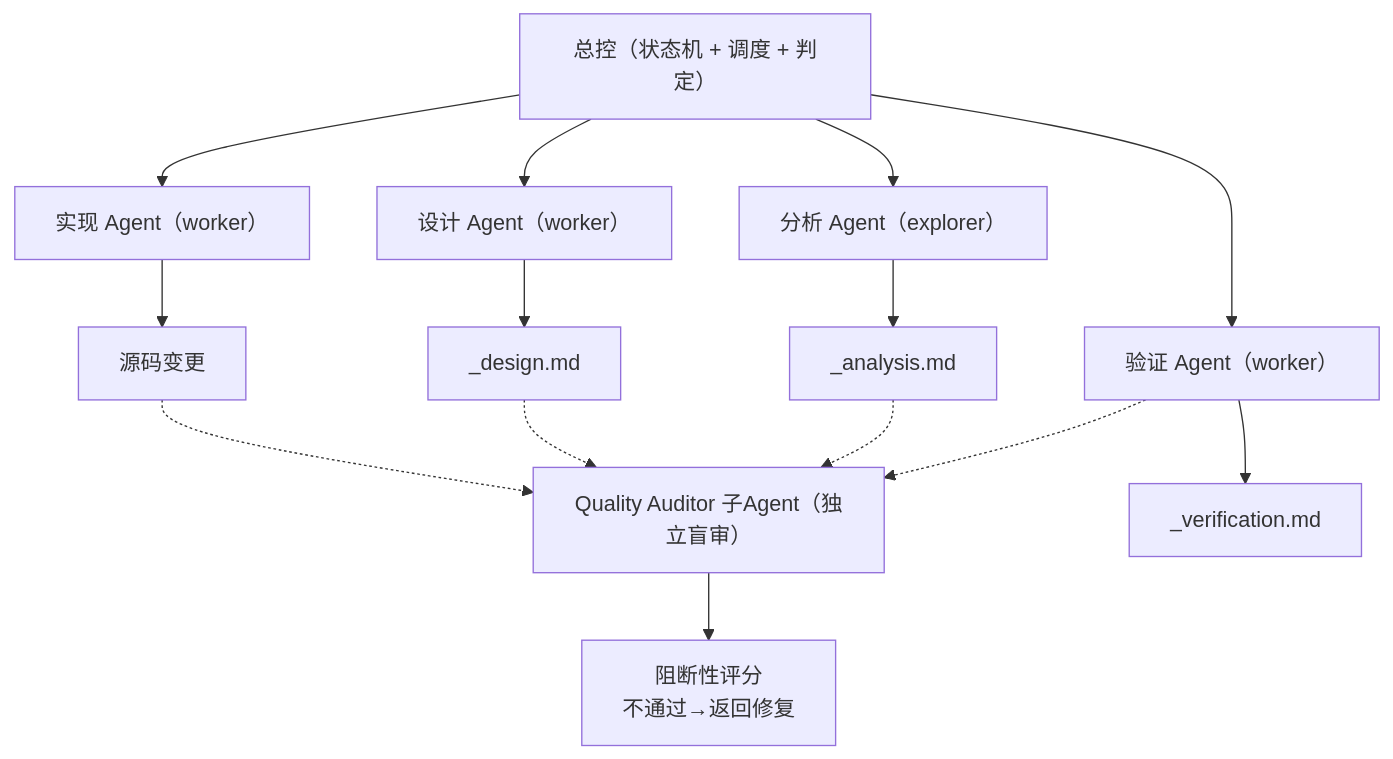
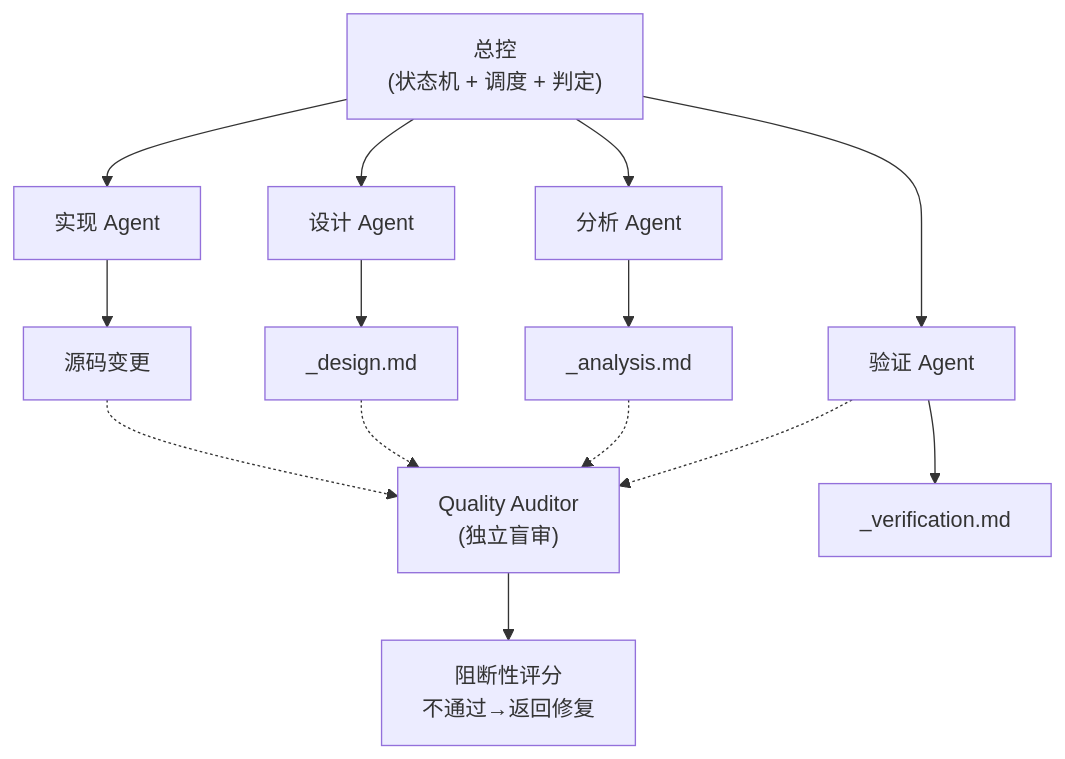
Before and after one commit to songzhou666/ReqPlan-v3: the diagram in README.md, drawn with Mermaid. The commit also changed other lines of this file and 20 other files, not shown here.

````diff
--- a/README.md
+++ b/README.md
@@ -53,23 +152,23 @@
 ```mermaid
 flowchart TD
-    Controller["总控（状态机 + 调度 + 判定）"]
-    Analyzer["分析 Agent（explorer）"]
-    Designer["设计 Agent（worker）"]
-    Implementer["实现 Agent（worker）"]
-    Verifier["验证 Agent（worker）"]
-    QA["Quality Auditor 子Agent（独立盲审）"]
+    Controller["总控<br>(状态机 + 调度 + 判定)"]
+    Analyzer["分析 Agent"]
+    Designer["设计 Agent"]
+    Implementer["实现 Agent"]
+    Verifier["验证 Agent"]
+    QA["Quality Auditor<br>(独立盲审)"]
 
     Controller --> Analyzer
     Controller --> Designer
     Controller --> Implementer
     Controller --> Verifier
     Analyzer --> A["_analysis.md"]
     Designer --> D["_design.md"]
     Implementer --> I["源码变更"]
     Verifier --> V["_verification.md"]
     Verifier -.-> QA
     A -.-> QA
     D -.-> QA
     I -.-> QA
-    QA --> Q["阻断性评分\n不通过→返回修复"]
+    QA --> Q["阻断性评分<br>不通过→返回修复"]
 ```
````
